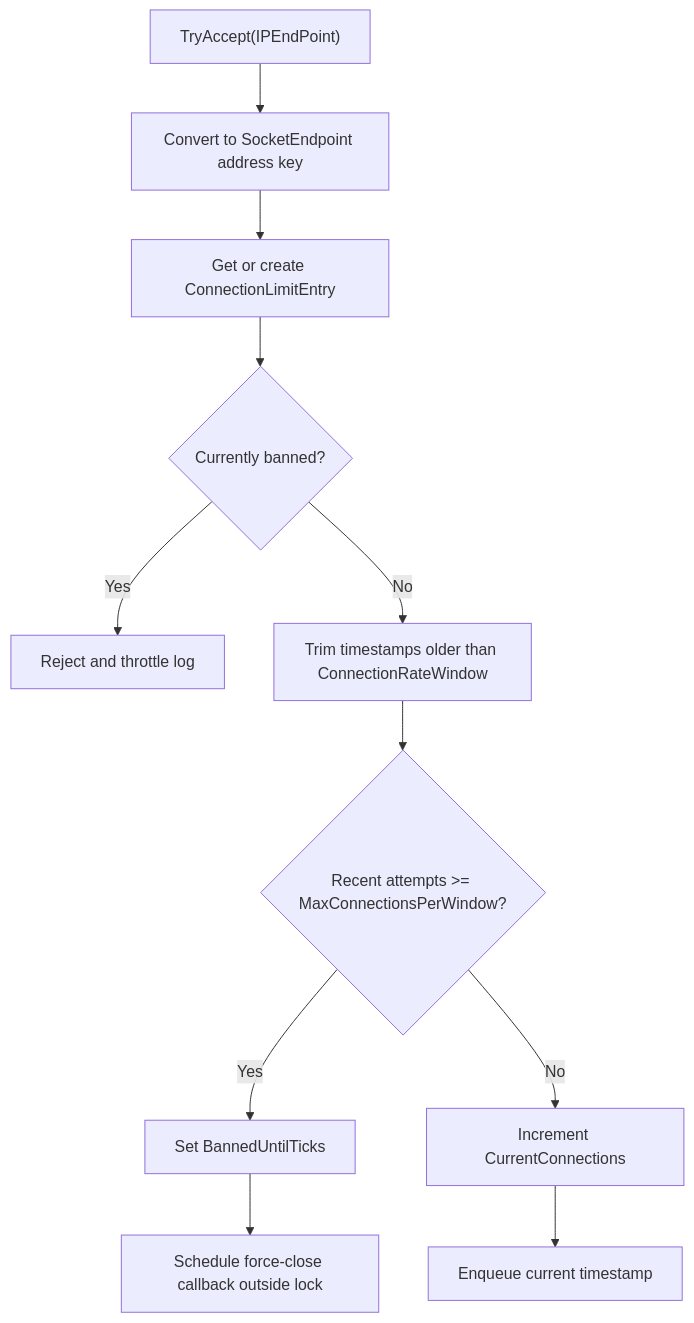
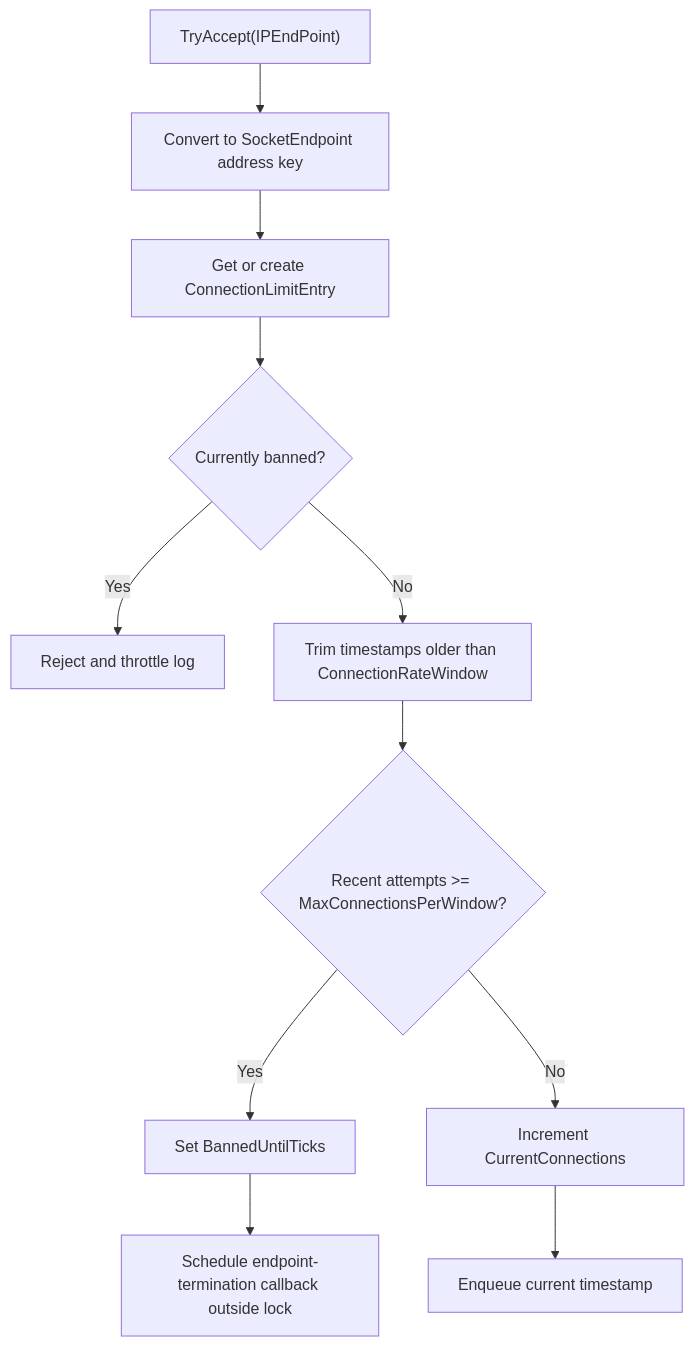
One commit to ppn-systems/Nalix changed the diagram in docs/api/options/network/connection-limit-options.md. Above: the diagram before and after it, drawn with Mermaid. The commit also changed other lines of this file and 15 other files, not shown here.

````diff
--- a/docs/api/options/network/connection-limit-options.md
+++ b/docs/api/options/network/connection-limit-options.md
@@ -51,13 +51,13 @@
 ```mermaid
 flowchart TD
     A["TryAccept(IPEndPoint)"] --> B["Convert to SocketEndpoint address key"]
     B --> C["Get or create ConnectionLimitEntry"]
     C --> D{"Currently banned?"}
     D -->|Yes| E["Reject and throttle log"]
     D -->|No| F["Trim timestamps older than ConnectionRateWindow"]
     F --> G{"Recent attempts >= MaxConnectionsPerWindow?"}
     G -->|Yes| H["Set BannedUntilTicks"]
-    H --> I["Schedule force-close callback outside lock"]
+    H --> I["Schedule endpoint-termination callback outside lock"]
     G -->|No| J["Increment CurrentConnections"]
     J --> K["Enqueue current timestamp"]
 ```
````
